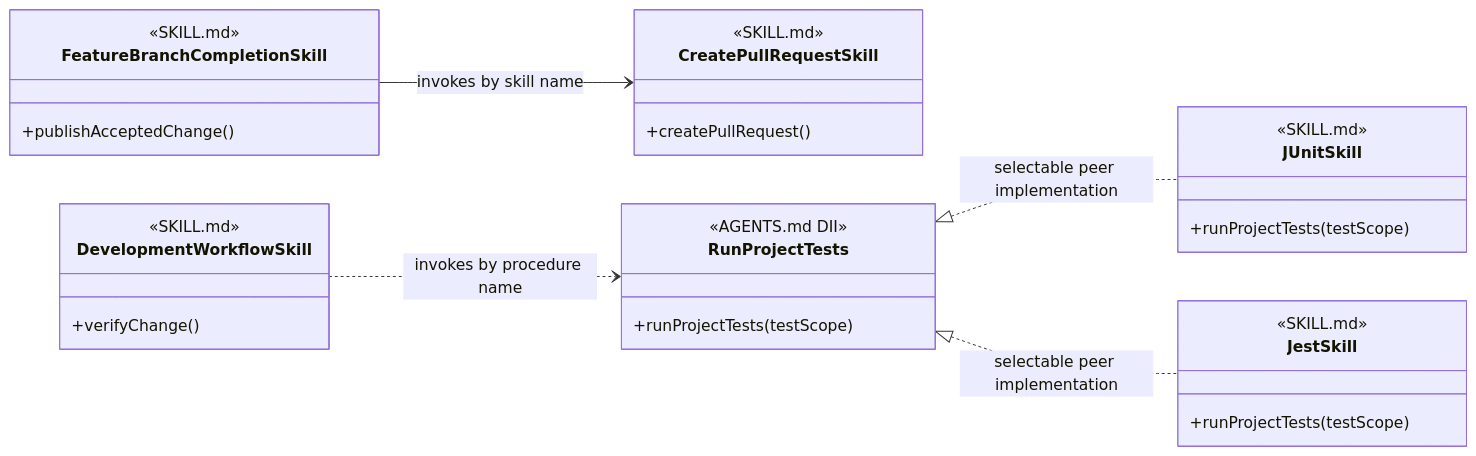
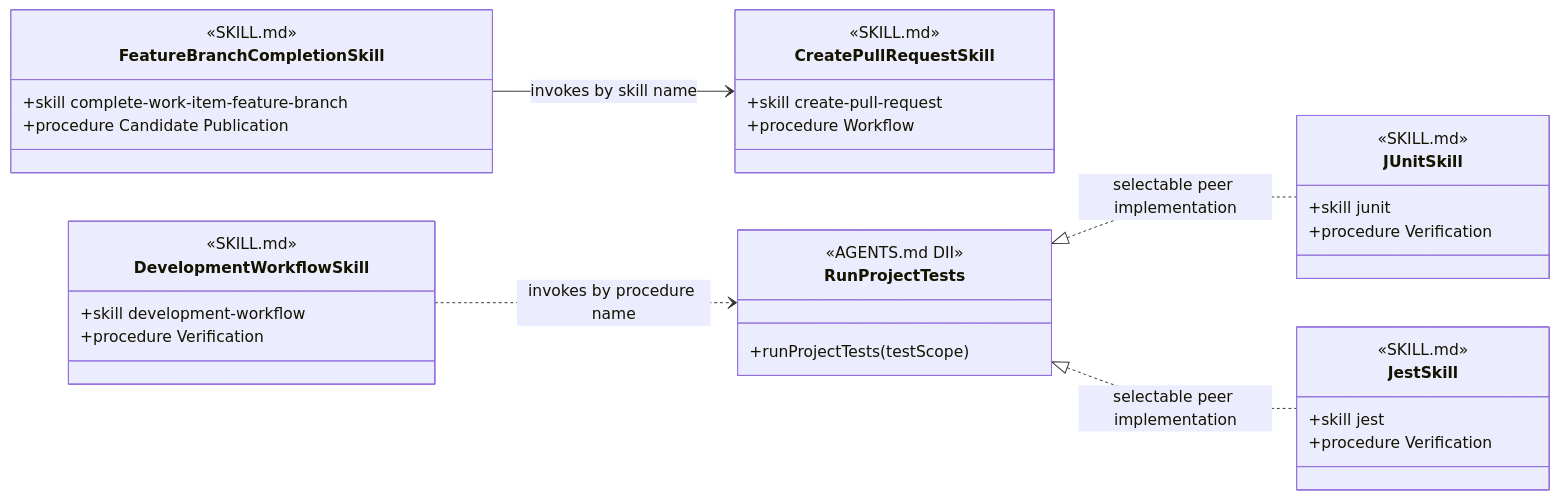
One commit to martinbechard/dev-methodology changed the fourth of 11 diagrams in design/object-oriented-agent-and-skill-model.md. Above: the diagram before and after it, drawn with Mermaid. The commit also changed other lines of this file and 12 other files, not shown here.

````diff
--- a/design/object-oriented-agent-and-skill-model.md
+++ b/design/object-oriented-agent-and-skill-model.md
@@ -226,46 +244,51 @@
 ```mermaid
 classDiagram
     direction LR
 
     class FeatureBranchCompletionSkill {
         <<SKILL.md>>
         <<Peer Skill>>
-        +publishAcceptedChange()
+        +skill complete-work-item-feature-branch
+        +procedure Candidate Publication
     }
 
     class CreatePullRequestSkill {
         <<SKILL.md>>
         <<Peer Skill>>
-        +createPullRequest()
+        +skill create-pull-request
+        +procedure Workflow
     }
 
     class DevelopmentWorkflowSkill {
         <<SKILL.md>>
         <<Peer Skill>>
-        +verifyChange()
+        +skill development-workflow
+        +procedure Verification
     }
 
     class RunProjectTests {
         <<AGENTS.md DII>>
         +runProjectTests(testScope)
     }
 
     class JUnitSkill {
         <<SKILL.md>>
         <<Peer Skill>>
         <<Injectable Skill>>
-        +runProjectTests(testScope)
+        +skill junit
+        +procedure Verification
     }
 
     class JestSkill {
         <<SKILL.md>>
         <<Peer Skill>>
         <<Injectable Skill>>
-        +runProjectTests(testScope)
+        +skill jest
+        +procedure Verification
     }
 
     FeatureBranchCompletionSkill --> CreatePullRequestSkill : invokes by skill name
     DevelopmentWorkflowSkill ..> RunProjectTests : invokes by procedure name
     RunProjectTests <|.. JUnitSkill : selectable peer implementation
     RunProjectTests <|.. JestSkill : selectable peer implementation
 ```
````
